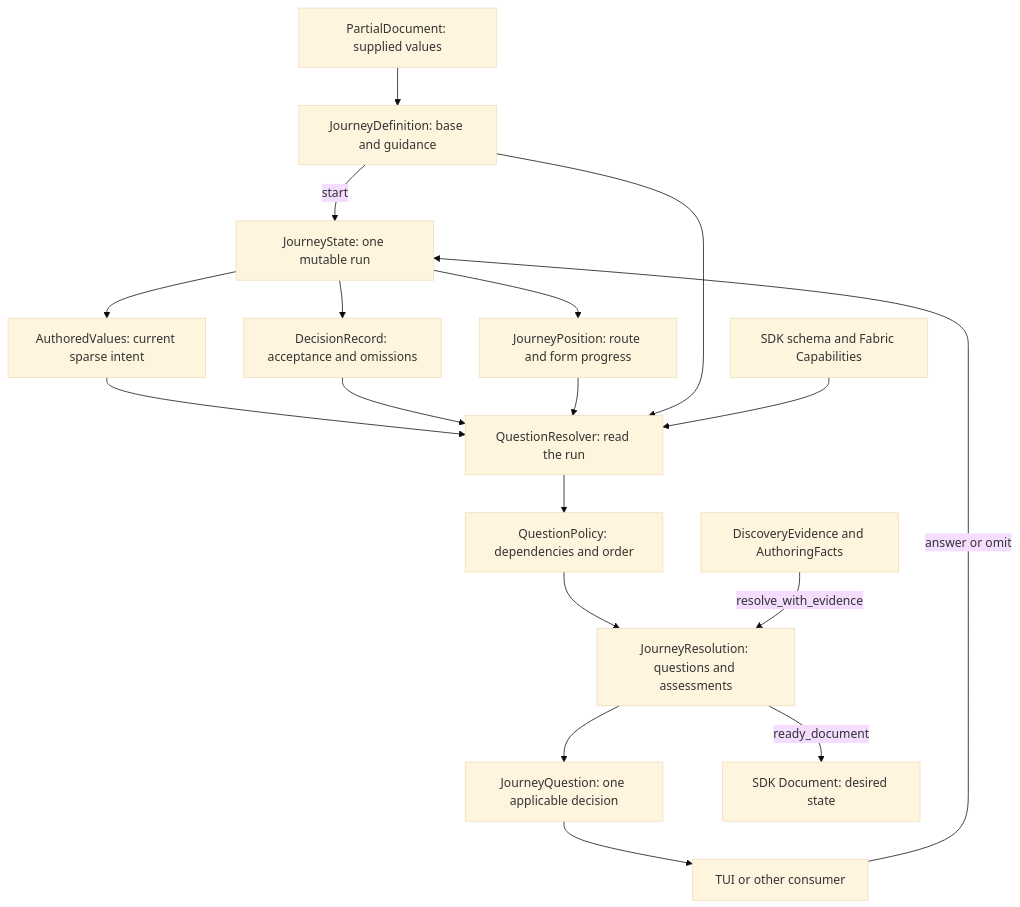
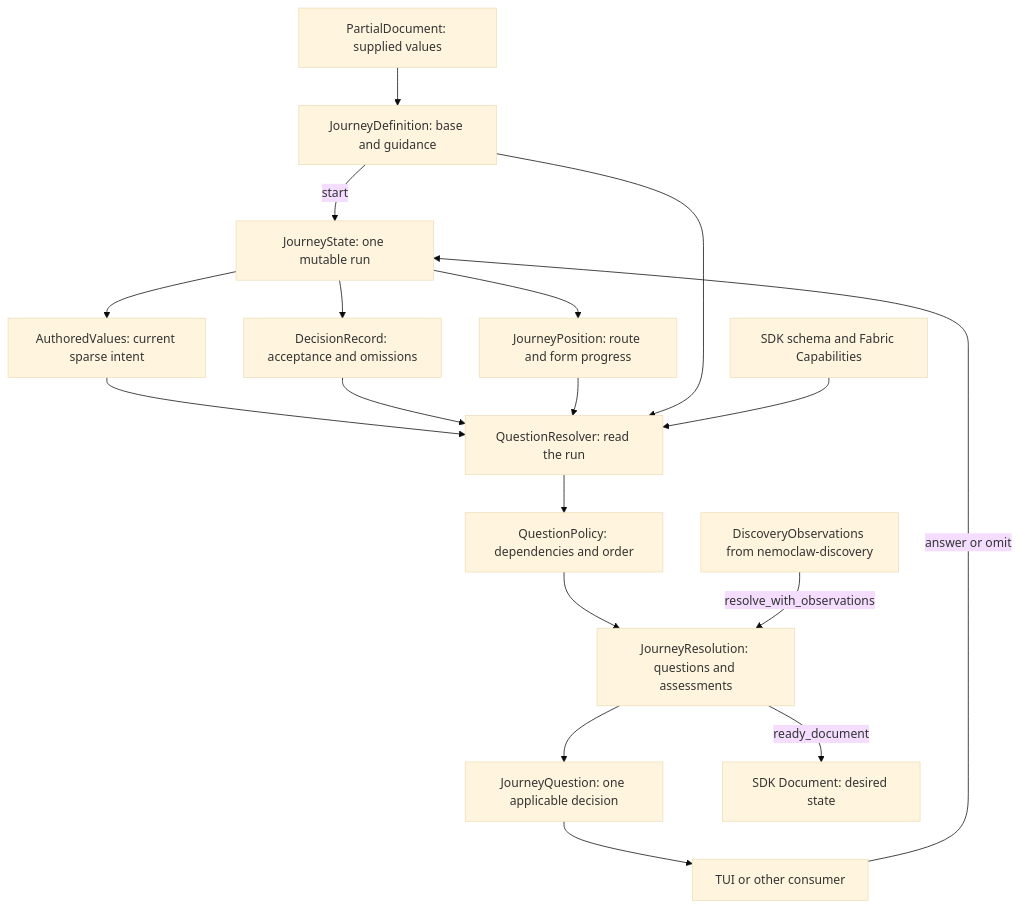
One commit to Adr1an04/NemoClaw changed the diagram in docs/design/authoring-domain.md. Above: the diagram before and after it, drawn with Mermaid (base theme). The commit also changed other lines of this file and 92 other files, not shown here.

````diff
--- a/docs/design/authoring-domain.md
+++ b/docs/design/authoring-domain.md
@@ -14,20 +14,20 @@
 ```mermaid
 flowchart TD
     Base[PartialDocument: supplied values] --> Definition[JourneyDefinition: base and guidance]
     Definition -->|start| State[JourneyState: one mutable run]
     State --> Values[AuthoredValues: current sparse intent]
     State --> Decisions[DecisionRecord: acceptance and omissions]
     State --> Position[JourneyPosition: route and form progress]
     Values --> Resolver[QuestionResolver: read the run]
     Decisions --> Resolver
     Position --> Resolver
     Definition --> Resolver
     Rules[SDK schema and Fabric Capabilities] --> Resolver
     Resolver --> Policy[QuestionPolicy: dependencies and order]
     Policy --> Result[JourneyResolution: questions and assessments]
-    Evidence[DiscoveryEvidence and AuthoringFacts] -->|resolve_with_evidence| Result
+    Observations[DiscoveryObservations from nemoclaw-discovery] -->|resolve_with_observations| Result
     Result --> Question[JourneyQuestion: one applicable decision]
     Question --> UI[TUI or other consumer]
     UI -->|answer or omit| State
     Result -->|ready_document| Document[SDK Document: desired state]
 ```
````
